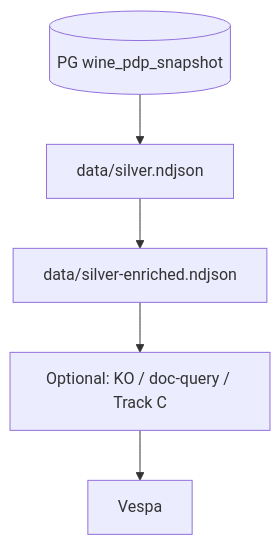
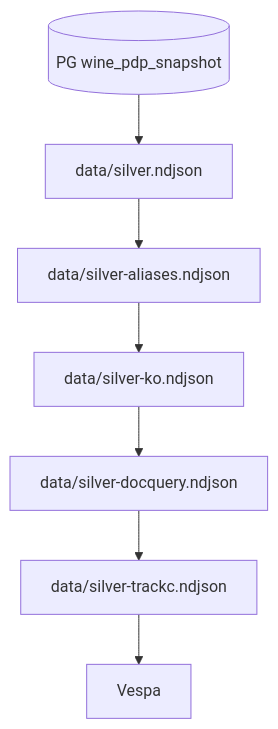
The diagram in docs/system-overview/ingestion-pipeline.md (josongmin/wine-search-engine), drawn with Mermaid before and after one commit. The commit also changed other lines of this file and 259 other files, not shown here.

````diff
--- a/docs/system-overview/ingestion-pipeline.md
+++ b/docs/system-overview/ingestion-pipeline.md
@@ -46,9 +46,11 @@
 ```mermaid
 flowchart TB
   PG[(PG wine_pdp_snapshot)]
   S[data/silver.ndjson]
-  E[data/silver-enriched.ndjson]
-  X[Optional: KO / doc-query / Track C]
+  A[data/silver-aliases.ndjson]
+  K[data/silver-ko.ndjson]
+  D[data/silver-docquery.ndjson]
+  T[data/silver-trackc.ndjson]
   V[Vespa]
-  PG --> S --> E --> X --> V
+  PG --> S --> A --> K --> D --> T --> V
 ```
````
